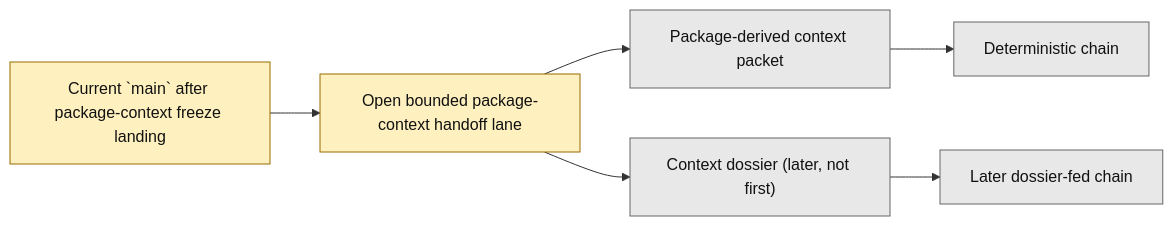
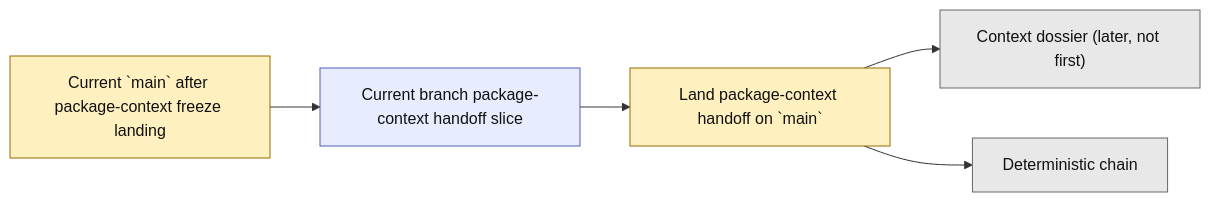
Before and after one commit to benjmcd/project6_REPO_MCP_FOLDER: the second of 2 diagrams in next_milestone_plans/layer3_progress_board.md, drawn with Mermaid. The commit also changed other lines of this file and 12 other files, not shown here.

Commit message:
feat(layer3): add package-context handoff slice

````diff
--- a/next_milestone_plans/layer3_progress_board.md
+++ b/next_milestone_plans/layer3_progress_board.md
@@ -114,15 +120,16 @@
 ```mermaid
 flowchart LR
-    A["Current `main` after package-context freeze landing"] --> B["Open bounded package-context handoff lane"]
-    B --> C["Package-derived context packet"]
-    B --> D["Context dossier (later, not first)"]
+    A["Current `main` after package-context freeze landing"] --> B["Current branch package-context handoff slice"]
+    B --> C["Land package-context handoff on `main`"]
+    C --> D["Context dossier (later, not first)"]
     C --> E["Deterministic chain"]
-    D --> F["Later dossier-fed chain"]
 
     classDef next fill:#fff1bf,stroke:#9a6b00,color:#111;
     classDef future fill:#e8e8e8,stroke:#666,color:#111;
+    classDef branch fill:#e7edff,stroke:#4b63b3,color:#111;
 
     class A next;
-    class B next;
-    class C,D,E,F future;
+    class B branch;
+    class C next;
+    class D,E future;
 ```
````
